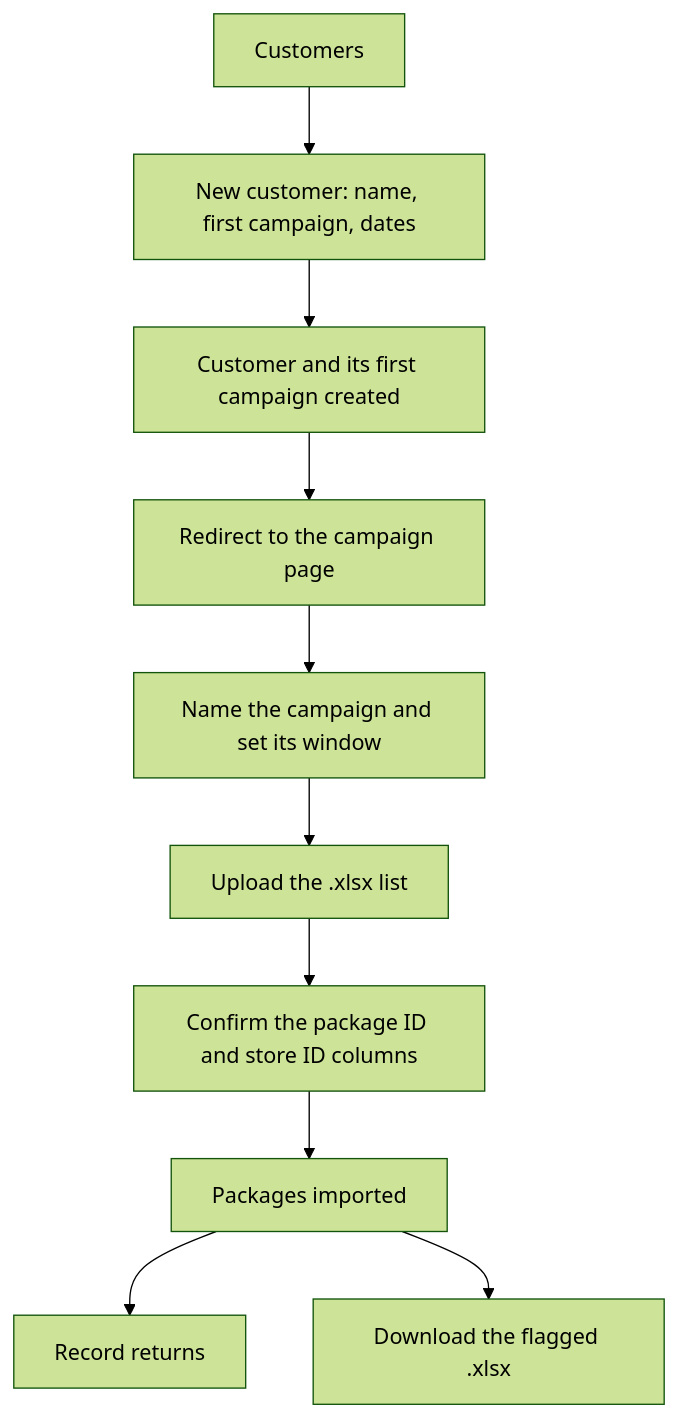
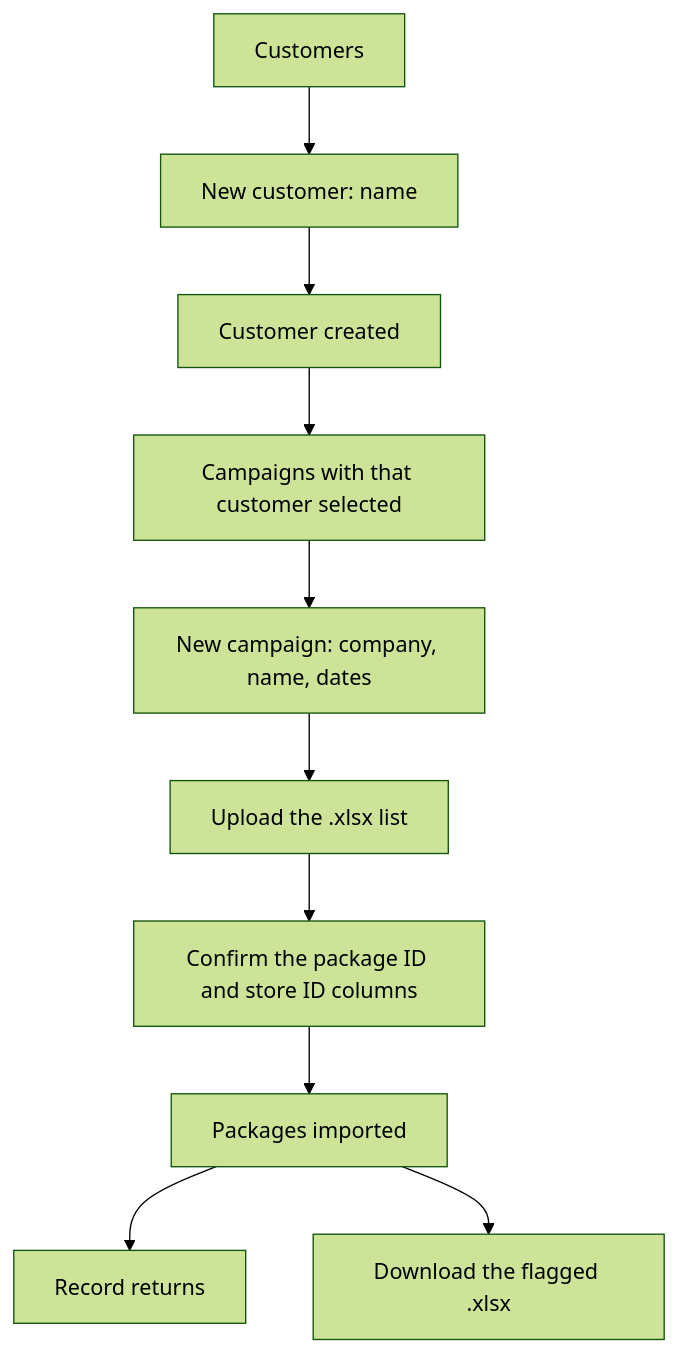
The diagram in docs/specs/end-to-end-design.md (MiguelWay/my-hackathon-app), drawn with Mermaid (forest theme) before and after one commit. The commit also changed other lines of this file and 10 other files, not shown here.

````diff
--- a/docs/specs/end-to-end-design.md
+++ b/docs/specs/end-to-end-design.md
@@ -121,12 +152,12 @@
 ```mermaid
 graph TD
-    A[Customers] --> B[New customer: name, first campaign, dates]
-    B --> C[Customer and its first campaign created]
-    C --> D[Redirect to the campaign page]
-    D --> E[Name the campaign and set its window]
+    A[Customers] --> B[New customer: name]
+    B --> C[Customer created]
+    C --> D[Campaigns with that customer selected]
+    D --> E[New campaign: company, name, dates]
     E --> F[Upload the .xlsx list]
     F --> G[Confirm the package ID and store ID columns]
     G --> H[Packages imported]
     H --> I[Record returns]
     H --> J[Download the flagged .xlsx]
 ```
````
